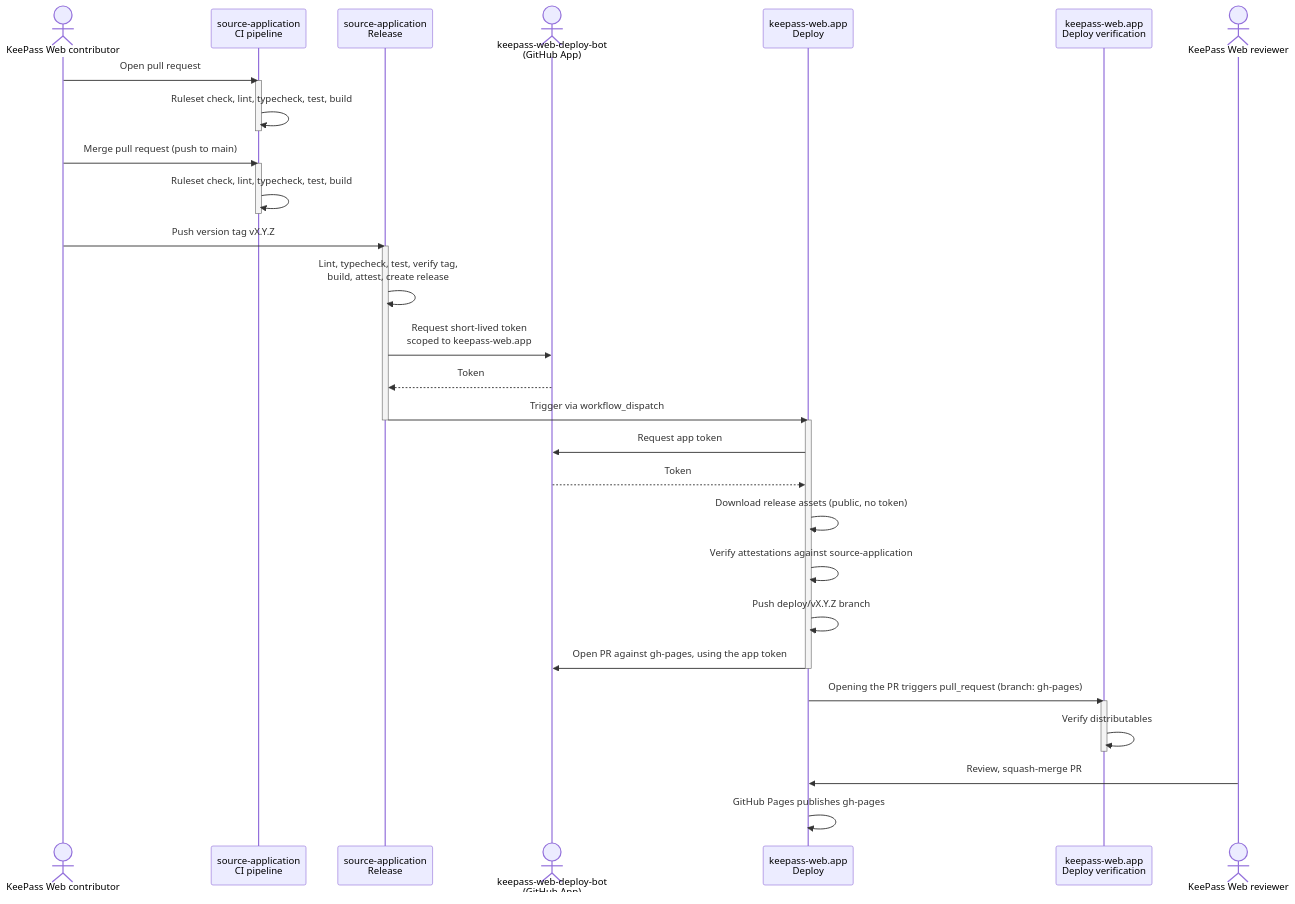
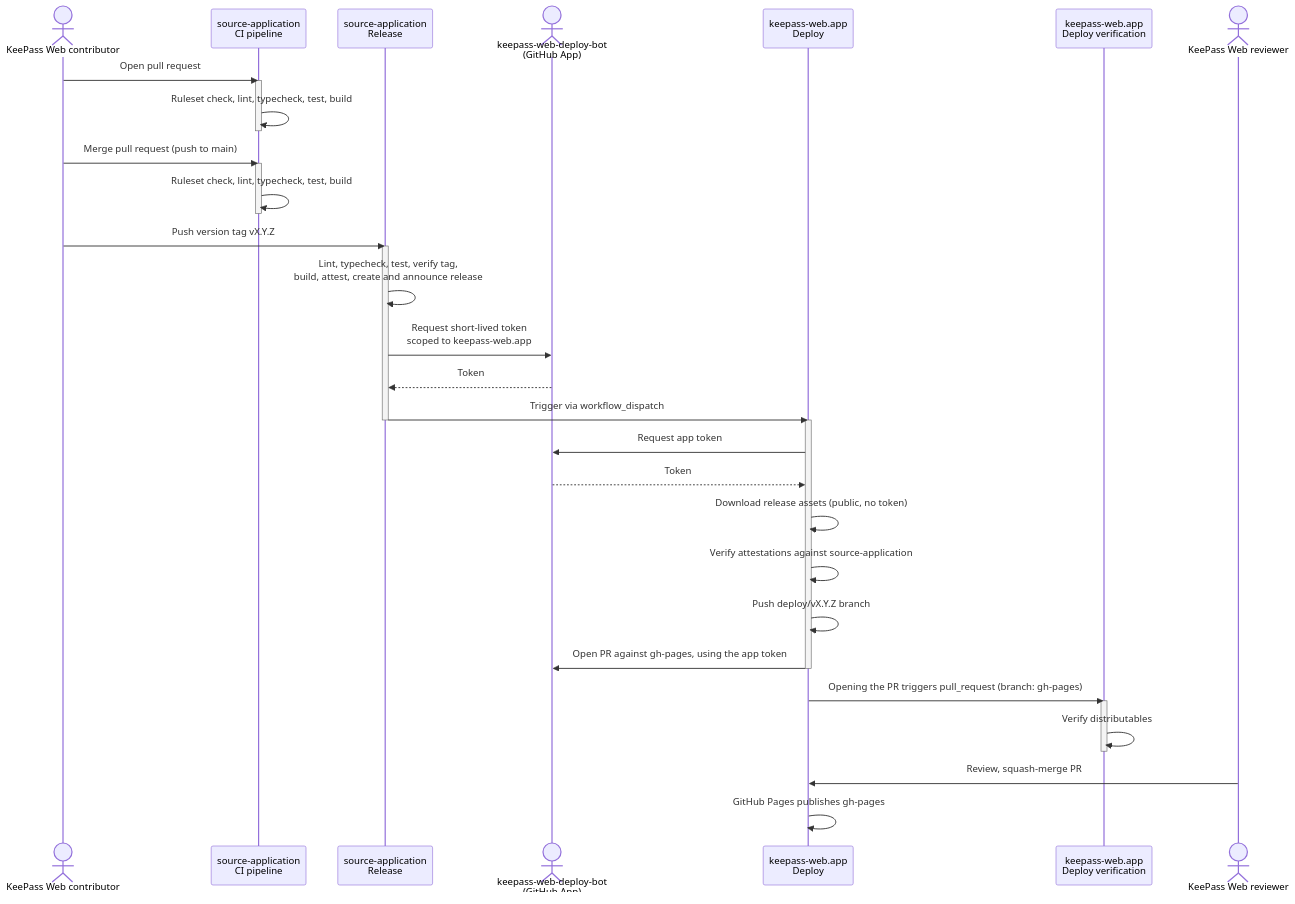
The first of 4 diagrams in docs/PIPELINE.md (keepass-web/source-application), drawn with Mermaid before and after one commit. The commit also changed other lines of this file and 2 other files, not shown here.

Commit message:
ci(release):announce each release with its changelog in Discussions

````diff
--- a/docs/PIPELINE.md
+++ b/docs/PIPELINE.md
@@ -24,45 +24,45 @@
 ```mermaid
 sequenceDiagram
     actor Contributor as KeePass Web contributor
     participant SACI as source-application<br/>CI pipeline
     participant SAREL as source-application<br/>Release
     actor Bot as keepass-web-deploy-bot<br/>(GitHub App)
     participant DEPLOY as keepass-web.app<br/>Deploy
     participant DCI as keepass-web.app<br/>Deploy verification
     actor Reviewer as KeePass Web reviewer
 
     Contributor->>SACI: Open pull request
     activate SACI
     SACI->>SACI: Ruleset check, lint, typecheck, test, build
     deactivate SACI
 
     Contributor->>SACI: Merge pull request (push to main)
     activate SACI
     SACI->>SACI: Ruleset check, lint, typecheck, test, build
     deactivate SACI
 
     Contributor->>SAREL: Push version tag vX.Y.Z
     activate SAREL
-    SAREL->>SAREL: Lint, typecheck, test, verify tag,<br/>build, attest, create release
+    SAREL->>SAREL: Lint, typecheck, test, verify tag,<br/>build, attest, create and announce release
     SAREL->>Bot: Request short-lived token<br/>scoped to keepass-web.app
     Bot-->>SAREL: Token
     SAREL->>DEPLOY: Trigger via workflow_dispatch
     deactivate SAREL
 
     activate DEPLOY
     DEPLOY->>Bot: Request app token
     Bot-->>DEPLOY: Token
     DEPLOY->>DEPLOY: Download release assets (public, no token)
     DEPLOY->>DEPLOY: Verify attestations against source-application
     DEPLOY->>DEPLOY: Push deploy/vX.Y.Z branch
     DEPLOY->>Bot: Open PR against gh-pages, using the app token
     deactivate DEPLOY
 
     DEPLOY->>DCI: Opening the PR triggers pull_request (branch: gh-pages)
     activate DCI
     DCI->>DCI: Verify distributables
     deactivate DCI
 
     Reviewer->>DEPLOY: Review, squash-merge PR
     DEPLOY->>DEPLOY: GitHub Pages publishes gh-pages
 ```
````
